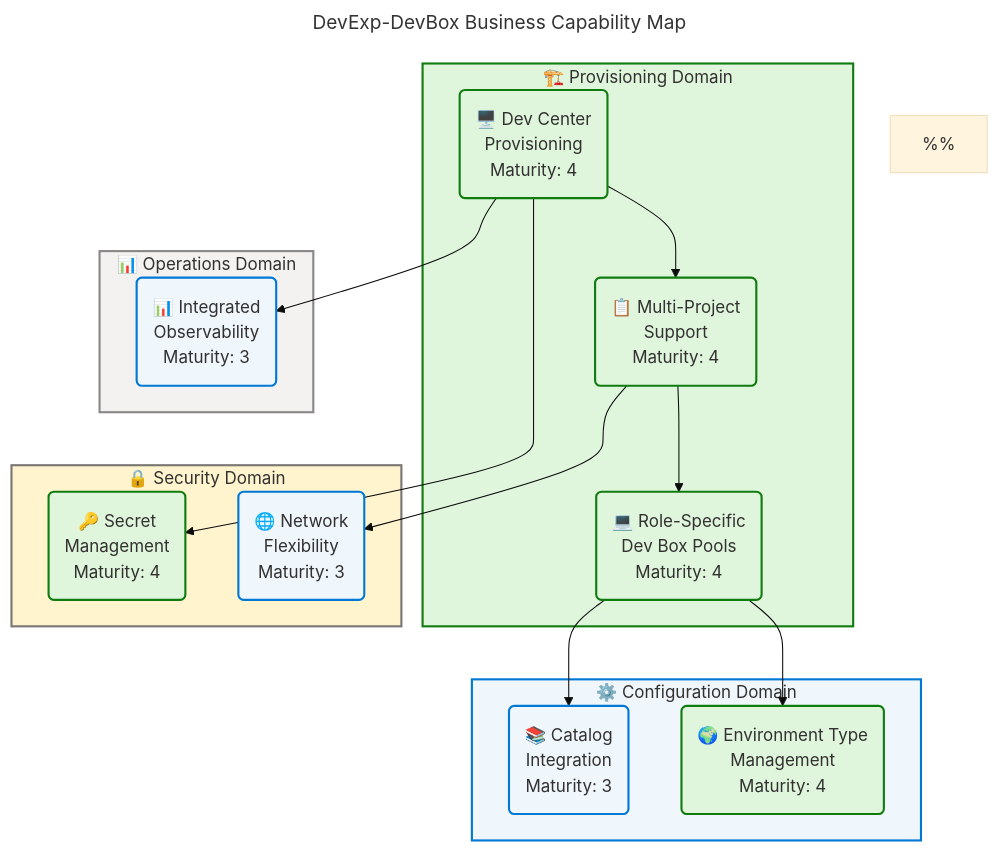
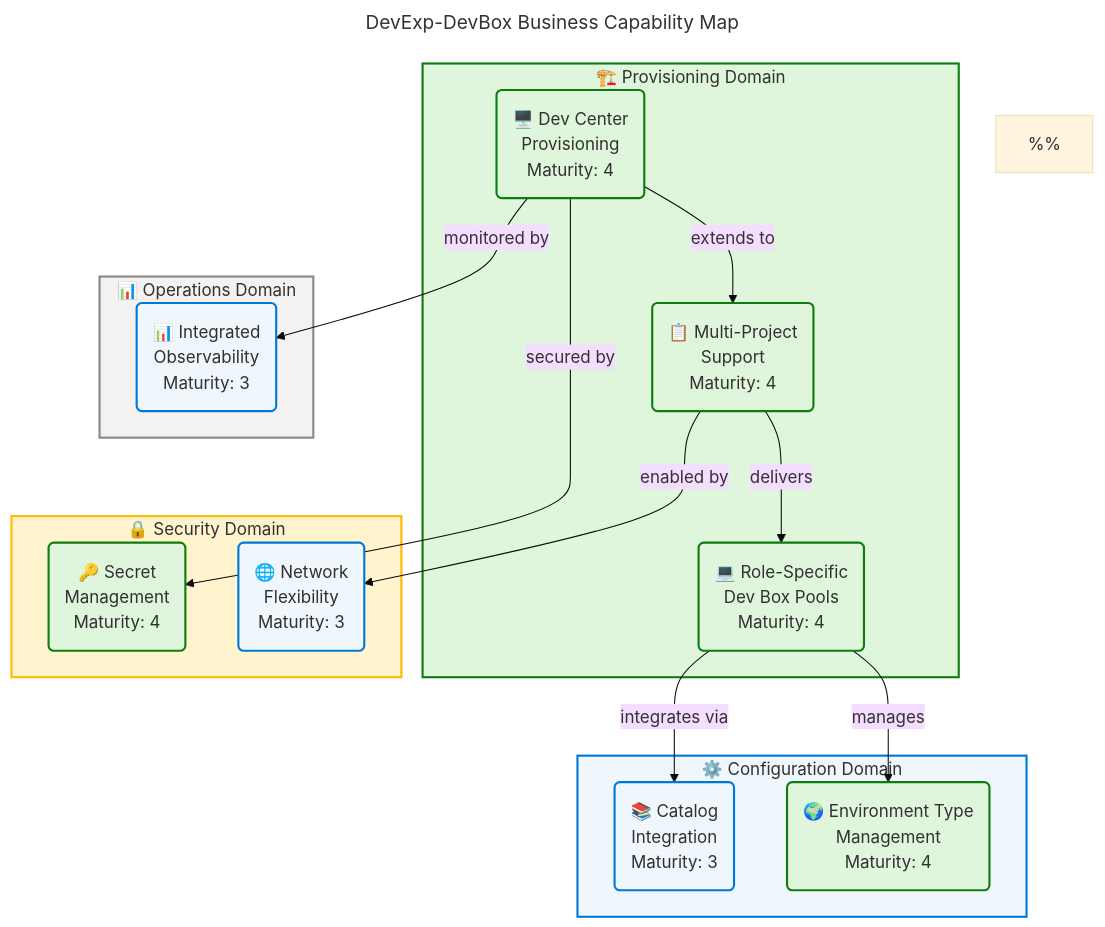
The first of 5 diagrams in docs/architecture/bus-arch.md (Evilazaro/DevExp-DevBox), drawn with Mermaid before and after one commit. The commit also changed other lines of this file and 3 other files, not shown here.

First line of the commit message:
Enhance architecture documentation with detailed descriptions and WCAG compliance

````diff
--- a/docs/architecture/bus-arch.md
+++ b/docs/architecture/bus-arch.md
@@ -96,65 +96,65 @@
 ```mermaid
 ---
 title: "DevExp-DevBox Business Capability Map"
 config:
   theme: base
   look: classic
   layout: dagre
   themeVariables:
     fontSize: '16px'
   flowchart:
     htmlLabels: true
 ---
 flowchart TB
     accTitle: DevExp-DevBox Business Capability Map
-    accDescr: Business capability map showing 8 core capabilities grouped across 4 domains. Provisioning and secret management rated maturity 4. Catalog, observability, and network rated 3.
+    accDescr: Business capability map showing 8 core capabilities grouped across 4 domains. Provisioning and secret management rated maturity 4. Catalog, observability, and network rated 3. Nodes: C1=success, C2=success, C3=success, C4=core, C5=success, C6=success, C7=core, C8=core. WCAG AA compliant.
 
     %%
     %% AZURE / FLUENT ARCHITECTURE PATTERN v2.0
     %% (Semantic + Structural + Font + Accessibility Governance)
     %%
     %% PHASE 1 - FLUENT UI: All styling uses approved Fluent UI palette only
     %% PHASE 2 - GROUPS: Every subgraph has semantic color via style directive
     %% PHASE 3 - COMPONENTS: Every node has semantic classDef + icon prefix
     %% PHASE 4 - ACCESSIBILITY: accTitle/accDescr present, WCAG AA contrast
     %% PHASE 5 - STANDARD: Governance block present, classDefs centralized
     %%
 
     subgraph prov["🏗️ Provisioning Domain"]
         C1("🖥️ Dev Center<br/>Provisioning<br/>Maturity: 4"):::success
         C2("📋 Multi-Project<br/>Support<br/>Maturity: 4"):::success
         C3("💻 Role-Specific<br/>Dev Box Pools<br/>Maturity: 4"):::success
     end
 
     subgraph config["⚙️ Configuration Domain"]
         C4("📚 Catalog<br/>Integration<br/>Maturity: 3"):::core
         C5("🌍 Environment Type<br/>Management<br/>Maturity: 4"):::success
     end
 
     subgraph secdom["🔒 Security Domain"]
         C6("🔑 Secret<br/>Management<br/>Maturity: 4"):::success
         C7("🌐 Network<br/>Flexibility<br/>Maturity: 3"):::core
     end
 
     subgraph opsdom["📊 Operations Domain"]
         C8("📊 Integrated<br/>Observability<br/>Maturity: 3"):::core
     end
 
-    C1 --> C2
-    C2 --> C3
-    C3 --> C4
-    C3 --> C5
-    C1 --> C6
-    C2 --> C7
-    C1 --> C8
+    C1 -->|extends to| C2
+    C2 -->|delivers| C3
+    C3 -->|integrates via| C4
+    C3 -->|manages| C5
+    C1 -->|secured by| C6
+    C2 -->|enabled by| C7
+    C1 -->|monitored by| C8
 
     classDef core fill:#EFF6FC,stroke:#0078D4,stroke-width:2px,color:#323130
     classDef success fill:#DFF6DD,stroke:#107C10,stroke-width:2px,color:#323130
     classDef neutral fill:#FAFAFA,stroke:#8A8886,stroke-width:2px,color:#323130
-    classDef warning fill:#FFF4CE,stroke:#797673,stroke-width:2px,color:#323130
+    classDef warning fill:#FFF4CE,stroke:#FFB900,stroke-width:2px,color:#323130
 
     style prov fill:#DFF6DD,stroke:#107C10,stroke-width:2px,color:#323130
     style config fill:#EFF6FC,stroke:#0078D4,stroke-width:2px,color:#323130
-    style secdom fill:#FFF4CE,stroke:#797673,stroke-width:2px,color:#323130
+    style secdom fill:#FFF4CE,stroke:#FFB900,stroke-width:2px,color:#323130
     style opsdom fill:#F3F2F1,stroke:#8A8886,stroke-width:2px,color:#323130
 ```
````
